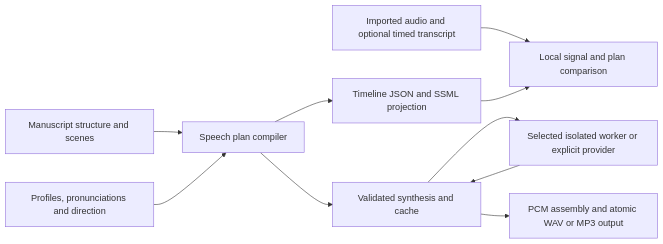
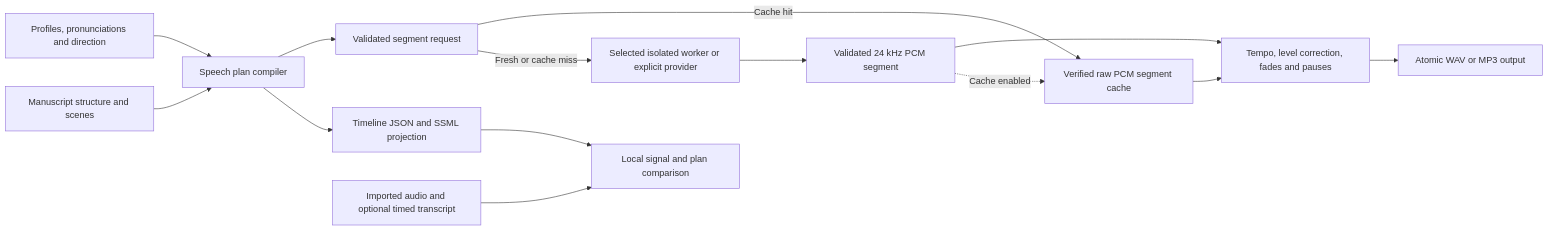
One commit to mfahsold/lixity changed the third of 3 diagrams in docs/ARCHITECTURE.md. Above: the diagram before and after it, drawn with Mermaid. The commit also changed other lines of this file and 71 other files, not shown here.

````diff
--- a/docs/ARCHITECTURE.md
+++ b/docs/ARCHITECTURE.md
@@ -1724,12 +1728,16 @@
 ```mermaid
 flowchart LR
     Manuscript[Manuscript structure and scenes] --> Planner[Speech plan compiler]
     Project[Profiles, pronunciations and direction] --> Planner
     Planner --> Export[Timeline JSON and SSML projection]
-    Planner --> Render[Validated synthesis and cache]
-    Render --> Adapter[Selected isolated worker or explicit provider]
-    Adapter --> Render
-    Render --> Output[PCM assembly and atomic WAV or MP3 output]
+    Planner --> Render[Validated segment request]
+    Render -->|Fresh or cache miss| Adapter[Selected isolated worker or explicit provider]
+    Render -->|Cache hit| Cache[Verified raw PCM segment cache]
+    Adapter --> PCM[Validated 24 kHz PCM segment]
+    PCM -.->|Cache enabled| Cache
+    PCM --> Assembly[Tempo, level correction, fades and pauses]
+    Cache --> Assembly
+    Assembly --> Output[Atomic WAV or MP3 output]
     Audio[Imported audio and optional timed transcript] --> Audit[Local signal and plan comparison]
     Export --> Audit
 ```
````
